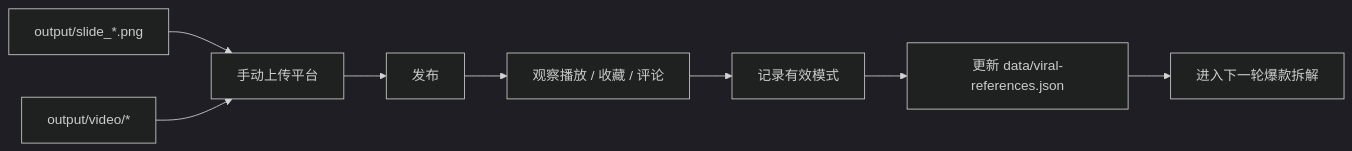
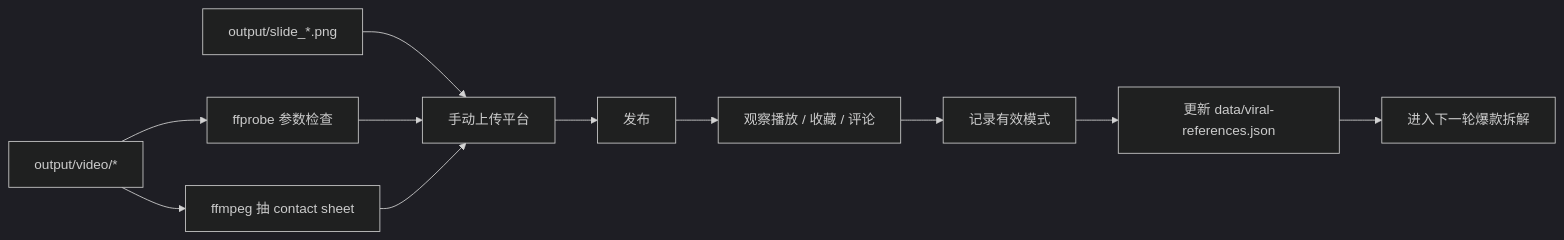
Diagram 11 of 12 in docs/FLOWCHART.md (hotcoffeeshake/tiktok-slideshow-bailian), drawn with Mermaid (dark theme) before and after one commit. The commit also changed other lines of this file and 12 other files, not shown here.

````diff
--- a/docs/FLOWCHART.md
+++ b/docs/FLOWCHART.md
@@ -353,10 +499,13 @@
 ```mermaid
 flowchart LR
-  A["output/slide_*.png"] --> C["手动上传平台"]
-  B["output/video/*"] --> C
-  C --> D["发布"]
-  D --> E["观察播放 / 收藏 / 评论"]
-  E --> F["记录有效模式"]
-  F --> G["更新 data/viral-references.json"]
-  G --> H["进入下一轮爆款拆解"]
+  A["output/video/*"] --> B["ffprobe 参数检查"]
+  A --> C["ffmpeg 抽 contact sheet"]
+  D["output/slide_*.png"] --> E["手动上传平台"]
+  B --> E
+  C --> E
+  E --> F["发布"]
+  F --> G["观察播放 / 收藏 / 评论"]
+  G --> H["记录有效模式"]
+  H --> I["更新 data/viral-references.json"]
+  I --> J["进入下一轮爆款拆解"]
 ```
````
